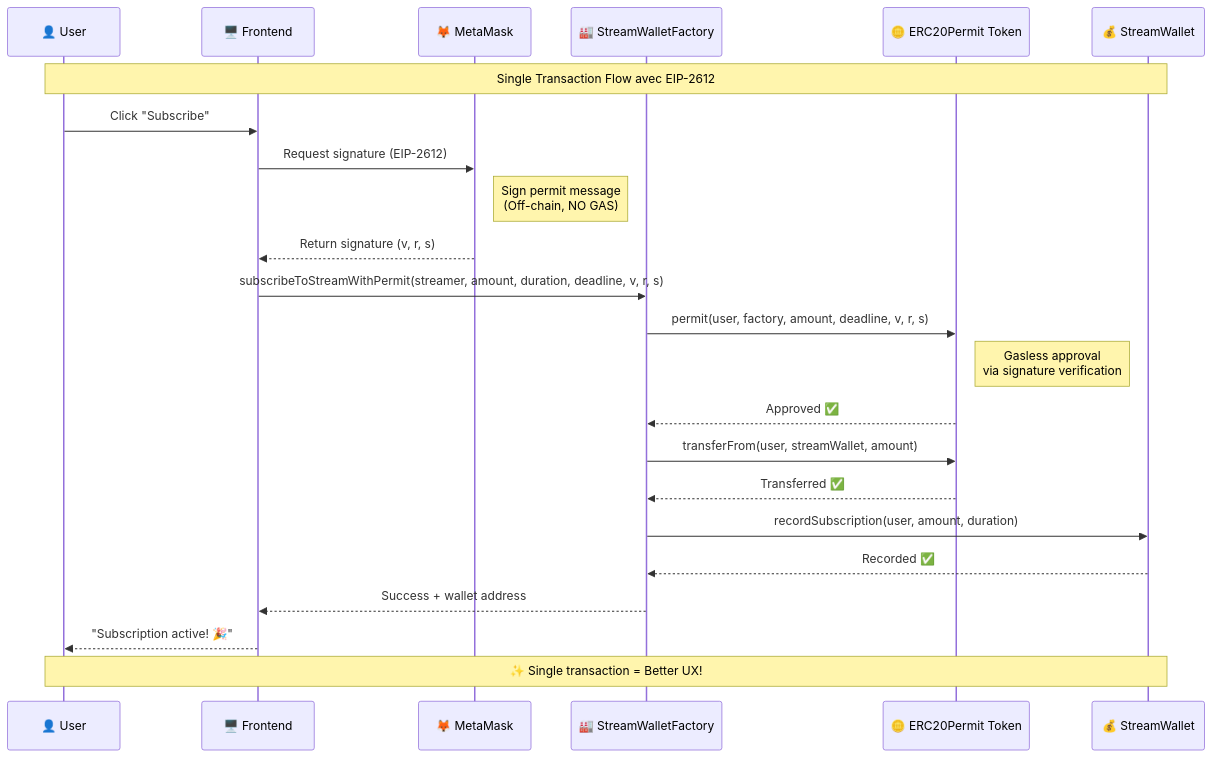
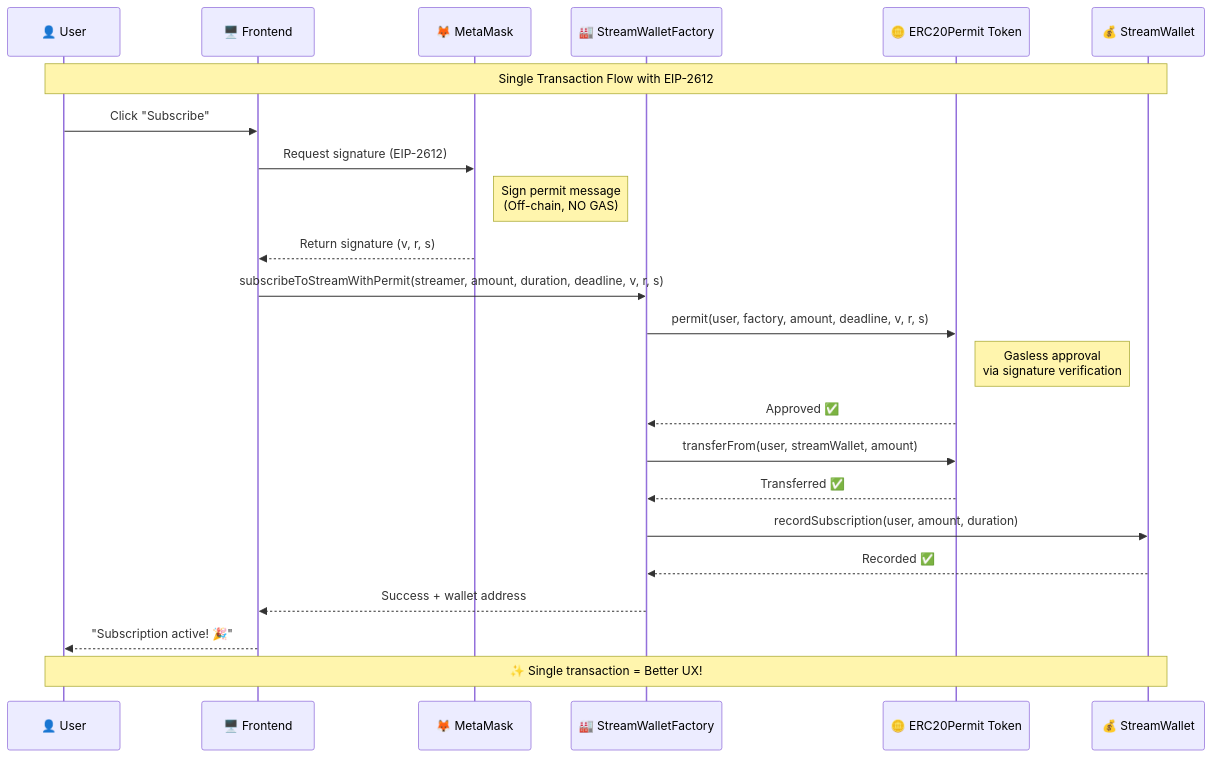
One commit to ChilizTV/smart-contracts changed the sixth of 6 diagrams in chiliz-tv/docs/src/README.md. Above: the diagram before and after it, drawn with Mermaid. The commit also changed other lines of this file, not shown here.

````diff
--- a/chiliz-tv/docs/src/README.md
+++ b/chiliz-tv/docs/src/README.md
@@ -579,33 +579,33 @@
 ```mermaid
 sequenceDiagram
     participant User as 👤 User
     participant Frontend as 🖥️ Frontend
     participant Wallet as 🦊 MetaMask
     participant Factory as 🏭 StreamWalletFactory
     participant Token as 🪙 ERC20Permit Token
     participant StreamWallet as 💰 StreamWallet
 
-    Note over User,StreamWallet: Single Transaction Flow avec EIP-2612
+    Note over User,StreamWallet: Single Transaction Flow with EIP-2612
 
     User->>Frontend: Click "Subscribe"
     Frontend->>Wallet: Request signature (EIP-2612)
     Note right of Wallet: Sign permit message<br/>(Off-chain, NO GAS)
     Wallet-->>Frontend: Return signature (v, r, s)
     
     Frontend->>Factory: subscribeToStreamWithPermit(streamer, amount, duration, deadline, v, r, s)
     
     Factory->>Token: permit(user, factory, amount, deadline, v, r, s)
     Note right of Token: Gasless approval<br/>via signature verification
     Token-->>Factory: Approved ✅
     
     Factory->>Token: transferFrom(user, streamWallet, amount)
     Token-->>Factory: Transferred ✅
     
     Factory->>StreamWallet: recordSubscription(user, amount, duration)
     StreamWallet-->>Factory: Recorded ✅
     
     Factory-->>Frontend: Success + wallet address
     Frontend-->>User: "Subscription active! 🎉"
     
     Note over User,StreamWallet: ✨ Single transaction = Better UX!
 ```
````
